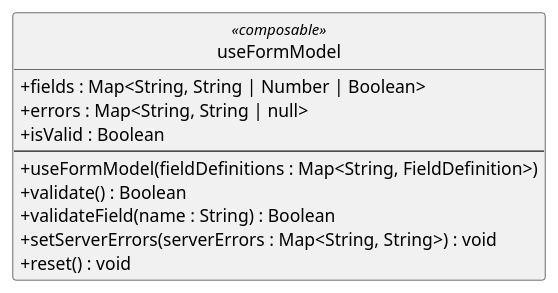
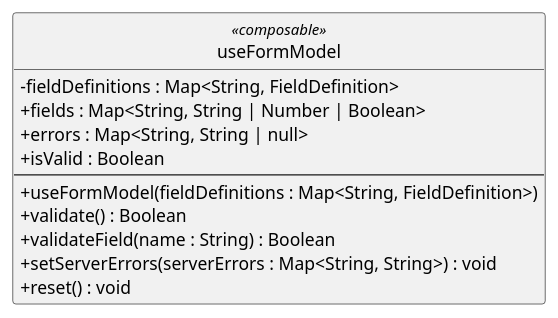
Before and after one commit to GroupRubberDuck/Documentazione: the diagram in src/PB/DocumentazioneEsterna/Specifica_Tecnica/content/05-diagrammi-classi/uml/puml/Frontend/shared/UseFormModel.puml, drawn with PlantUML. The commit also changed 30 other files, not shown here.

```diff
--- a/src/PB/DocumentazioneEsterna/Specifica_Tecnica/content/05-diagrammi-classi/uml/puml/Frontend/shared/UseFormModel.puml
+++ b/src/PB/DocumentazioneEsterna/Specifica_Tecnica/content/05-diagrammi-classi/uml/puml/Frontend/shared/UseFormModel.puml
@@ -1,24 +1,25 @@
 @startuml
 skinparam linetype ortho
 skinparam nodesep 80
 skinparam ranksep 100
 skinparam classAttributeIconSize 0
 skinparam packageStyle rectangle
 skinparam style strictuml
 
 class useFormModel <<composable>> {
+  - fieldDefinitions : Map<String, FieldDefinition>
   + fields : Map<String, String | Number | Boolean>
   + errors : Map<String, String | null>
   + isValid : Boolean
   --
   + useFormModel(fieldDefinitions : Map<String, FieldDefinition>)
   + validate() : Boolean
   + validateField(name : String) : Boolean
   + setServerErrors(serverErrors : Map<String, String>) : void
   + reset() : void
 }
 
 ' useFormModel ..> FieldDefinition : <<use>>
 ' FieldDefinition ..> ValidationRule : <<use>>
 
 @enduml
```
